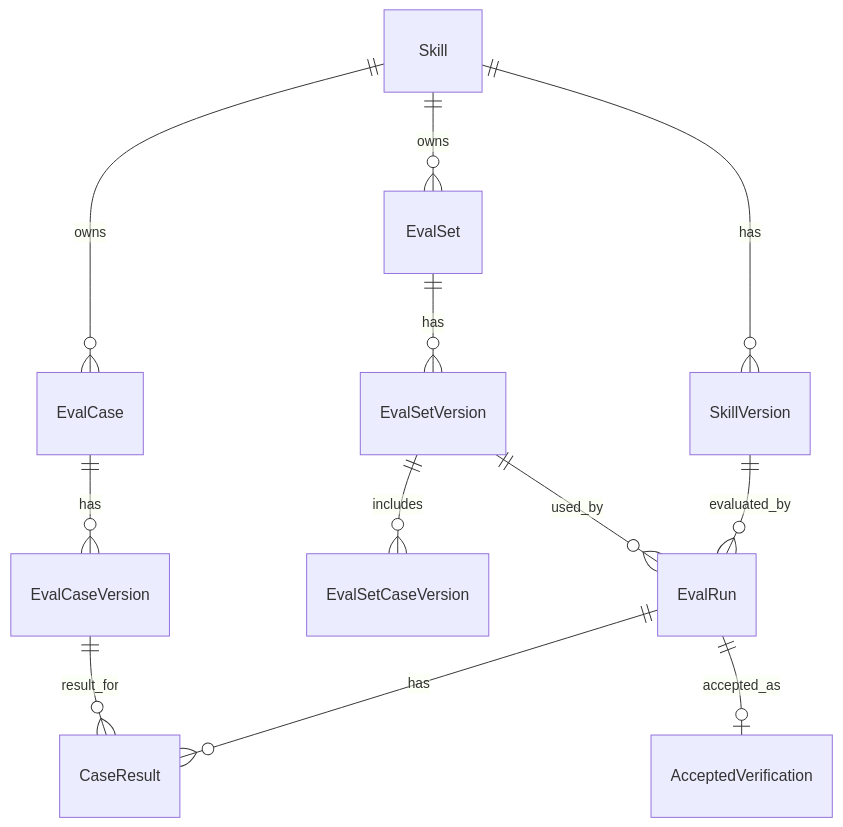
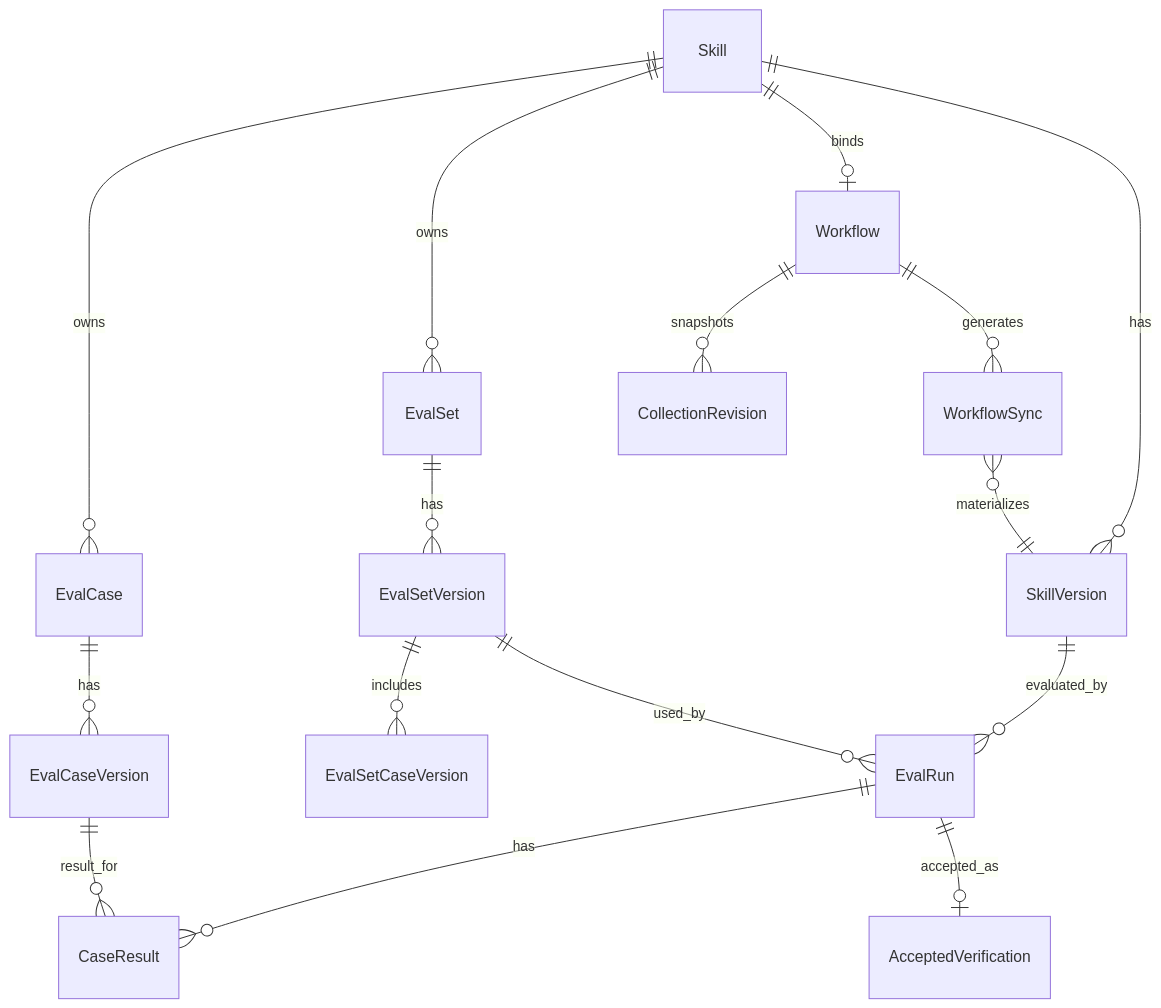
The second of 4 diagrams in docs/architecture.md (Madolkke/skills-manager), drawn with Mermaid before and after one commit. The commit also changed other lines of this file and 129 other files, not shown here.

````diff
--- a/docs/architecture.md
+++ b/docs/architecture.md
@@ -48,14 +48,18 @@
 ```mermaid
 erDiagram
   Skill ||--o{ SkillVersion : has
   Skill ||--o{ EvalSet : owns
   EvalSet ||--o{ EvalSetVersion : has
   Skill ||--o{ EvalCase : owns
   EvalCase ||--o{ EvalCaseVersion : has
   EvalSetVersion ||--o{ EvalSetCaseVersion : includes
   SkillVersion ||--o{ EvalRun : evaluated_by
   EvalSetVersion ||--o{ EvalRun : used_by
   EvalRun ||--o{ CaseResult : has
   EvalCaseVersion ||--o{ CaseResult : result_for
   EvalRun ||--o| AcceptedVerification : accepted_as
+  Skill ||--o| Workflow : binds
+  Workflow ||--o{ WorkflowSync : generates
+  WorkflowSync }o--|| SkillVersion : materializes
+  Workflow ||--o{ CollectionRevision : snapshots
 ```
````
